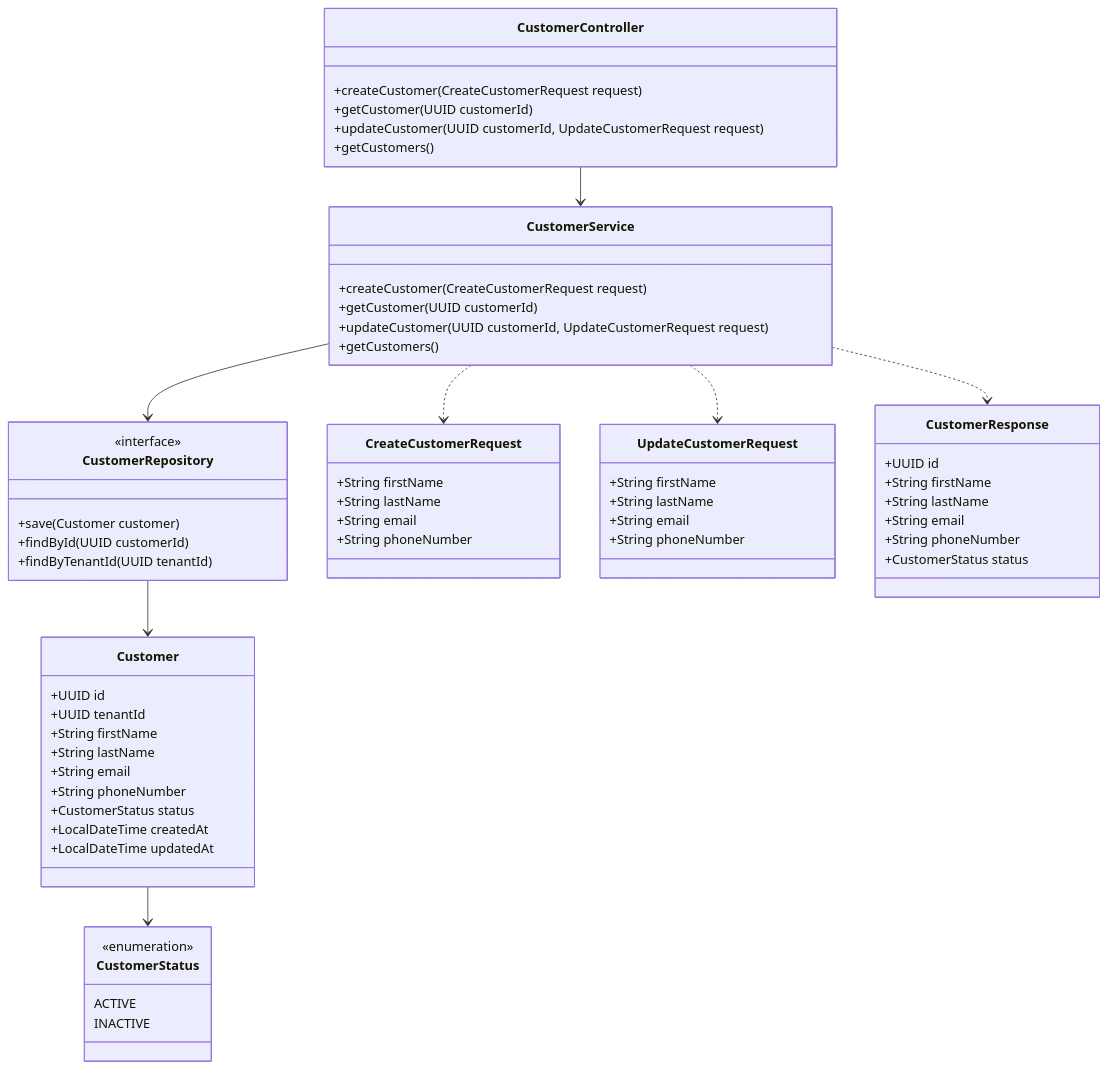
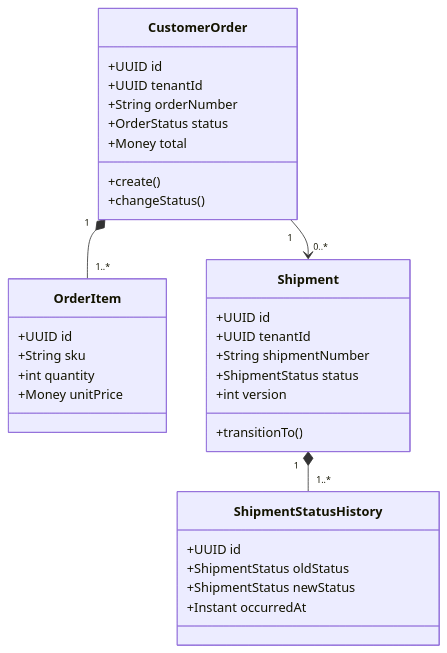
One commit to surajdavid/FleetPulse changed the first of 4 diagrams in docs/03-low-level-design/class-diagrams.md. Above: the diagram before and after it, drawn with Mermaid. The commit also changed other lines of this file and 16 other files, not shown here.

````diff
--- a/docs/03-low-level-design/class-diagrams.md
+++ b/docs/03-low-level-design/class-diagrams.md
@@ -618,72 +10,35 @@
 ```mermaid
 classDiagram
-    class CustomerController {
-        +createCustomer(CreateCustomerRequest request)
-        +getCustomer(UUID customerId)
-        +updateCustomer(UUID customerId, UpdateCustomerRequest request)
-        +getCustomers()
-    }
-
-    class CustomerService {
-        +createCustomer(CreateCustomerRequest request)
-        +getCustomer(UUID customerId)
-        +updateCustomer(UUID customerId, UpdateCustomerRequest request)
-        +getCustomers()
-    }
-
-    class CustomerRepository {
-        <<interface>>
-        +save(Customer customer)
-        +findById(UUID customerId)
-        +findByTenantId(UUID tenantId)
-    }
-
-    class Customer {
-        +UUID id
-        +UUID tenantId
-        +String firstName
-        +String lastName
-        +String email
-        +String phoneNumber
-        +CustomerStatus status
-        +LocalDateTime createdAt
-        +LocalDateTime updatedAt
-    }
-
-    class CreateCustomerRequest {
-        +String firstName
-        +String lastName
-        +String email
-        +String phoneNumber
-    }
-
-    class UpdateCustomerRequest {
-        +String firstName
-        +String lastName
-        +String email
-        +String phoneNumber
-    }
-
-    class CustomerResponse {
-        +UUID id
-        +String firstName
-        +String lastName
-        +String email
-        +String phoneNumber
-        +CustomerStatus status
-    }
-
-    class CustomerStatus {
-        <<enumeration>>
-        ACTIVE
-        INACTIVE
-    }
-
-    CustomerController --> CustomerService
-    CustomerService --> CustomerRepository
-    CustomerRepository --> Customer
-    CustomerService ..> CreateCustomerRequest
-    CustomerService ..> UpdateCustomerRequest
-    CustomerService ..> CustomerResponse
-    Customer --> CustomerStatus
+  class CustomerOrder {
+    +UUID id
+    +UUID tenantId
+    +String orderNumber
+    +OrderStatus status
+    +Money total
+    +create()
+    +changeStatus()
+  }
+  class OrderItem {
+    +UUID id
+    +String sku
+    +int quantity
+    +Money unitPrice
+  }
+  class Shipment {
+    +UUID id
+    +UUID tenantId
+    +String shipmentNumber
+    +ShipmentStatus status
+    +int version
+    +transitionTo()
+  }
+  class ShipmentStatusHistory {
+    +UUID id
+    +ShipmentStatus oldStatus
+    +ShipmentStatus newStatus
+    +Instant occurredAt
+  }
+  CustomerOrder "1" *-- "1..*" OrderItem
+  CustomerOrder "1" --> "0..*" Shipment
+  Shipment "1" *-- "1..*" ShipmentStatusHistory
 ```
````
